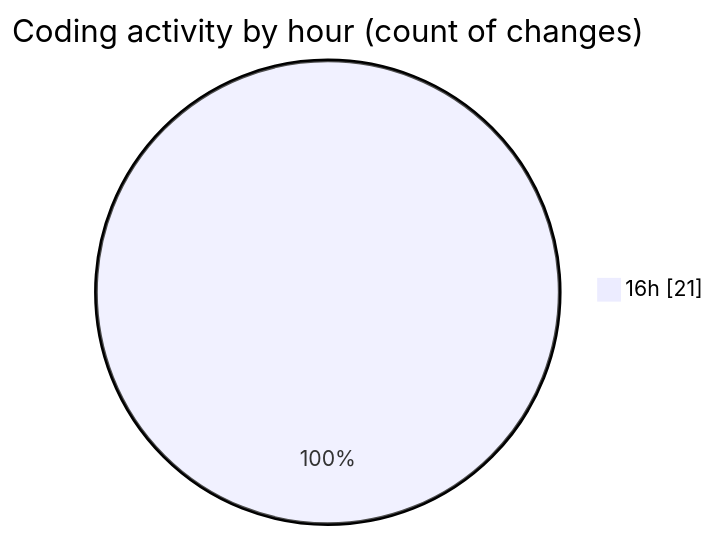
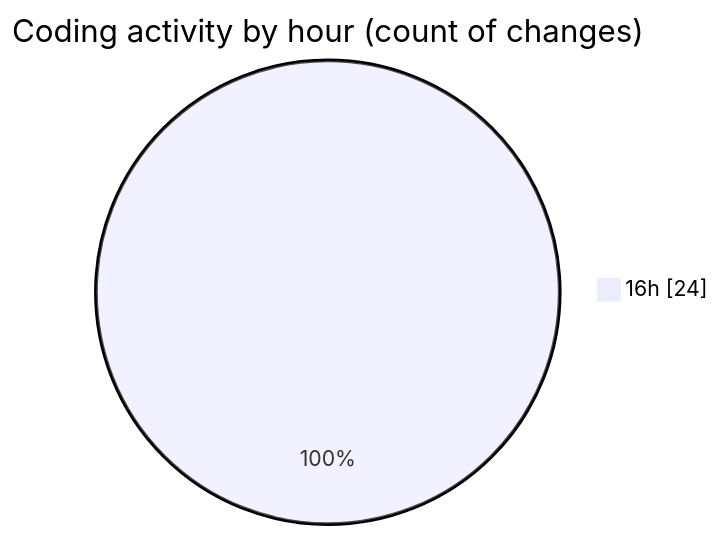
One commit to donsfak/code-tracking changed the second of 2 diagrams in 2025-01-26/trackers_app/README.md. Above: the diagram before and after it, drawn with Mermaid. The commit also changed other lines of this file and 1 other file, not shown here.

````diff
--- a/2025-01-26/trackers_app/README.md
+++ b/2025-01-26/trackers_app/README.md
@@ -32,5 +32,5 @@
 ```mermaid
 pie showData
 title Coding activity by hour (count of changes)
-"16h" : 21
+"16h" : 24
 ```
````
